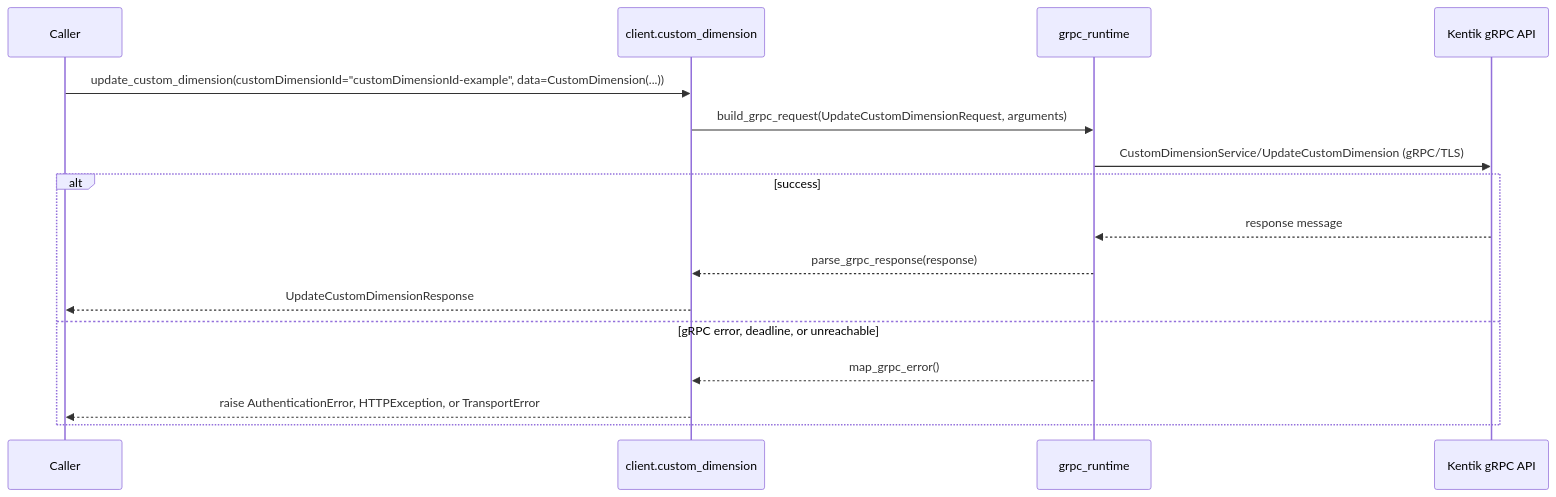
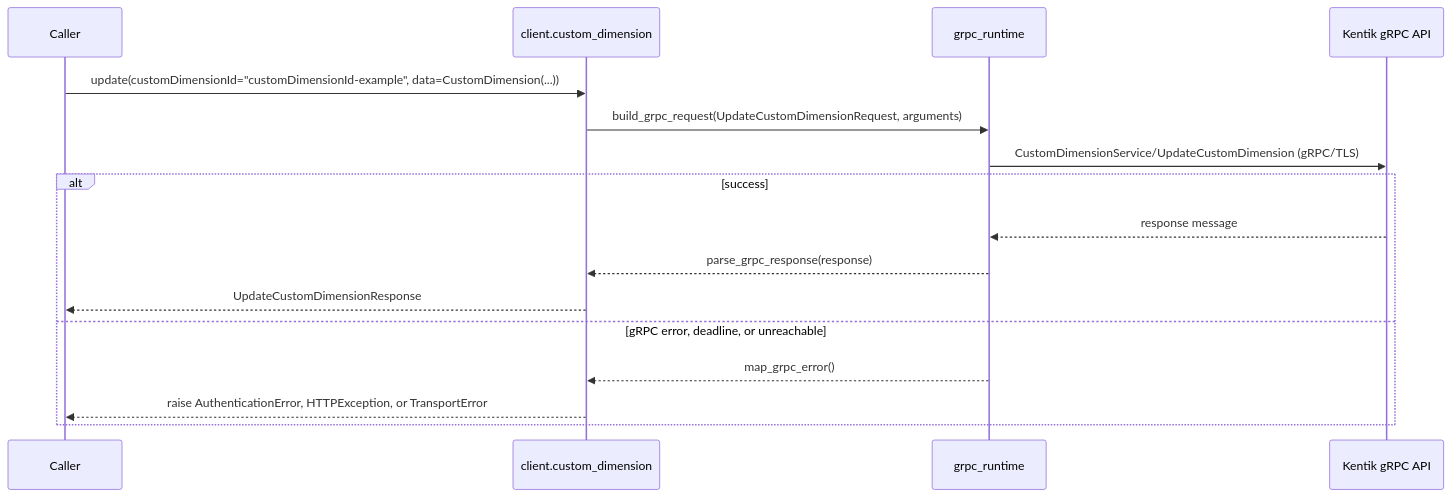
One commit to alexdearaujo/community_sdk_python changed the seventh of 22 diagrams in docs/sphinx/services/custom_dimension.md. Above: the diagram before and after it, drawn with Mermaid. The commit also changed other lines of this file and 119 other files, not shown here.

````diff
--- a/docs/sphinx/services/custom_dimension.md
+++ b/docs/sphinx/services/custom_dimension.md
@@ -203,19 +203,19 @@
 ```mermaid
 sequenceDiagram
     participant C as Caller
     participant W as client.custom_dimension
     participant R as grpc_runtime
     participant API as Kentik gRPC API
 
-    C->>W: update_custom_dimension(customDimensionId="customDimensionId-example", data=CustomDimension(...))
+    C->>W: update(customDimensionId="customDimensionId-example", data=CustomDimension(...))
     W->>R: build_grpc_request(UpdateCustomDimensionRequest, arguments)
     R->>API: CustomDimensionService/UpdateCustomDimension (gRPC/TLS)
     alt success
         API-->>R: response message
         R-->>W: parse_grpc_response(response)
         W-->>C: UpdateCustomDimensionResponse
     else gRPC error, deadline, or unreachable
         R-->>W: map_grpc_error()
         W-->>C: raise AuthenticationError, HTTPException, or TransportError
     end
 ```
````
